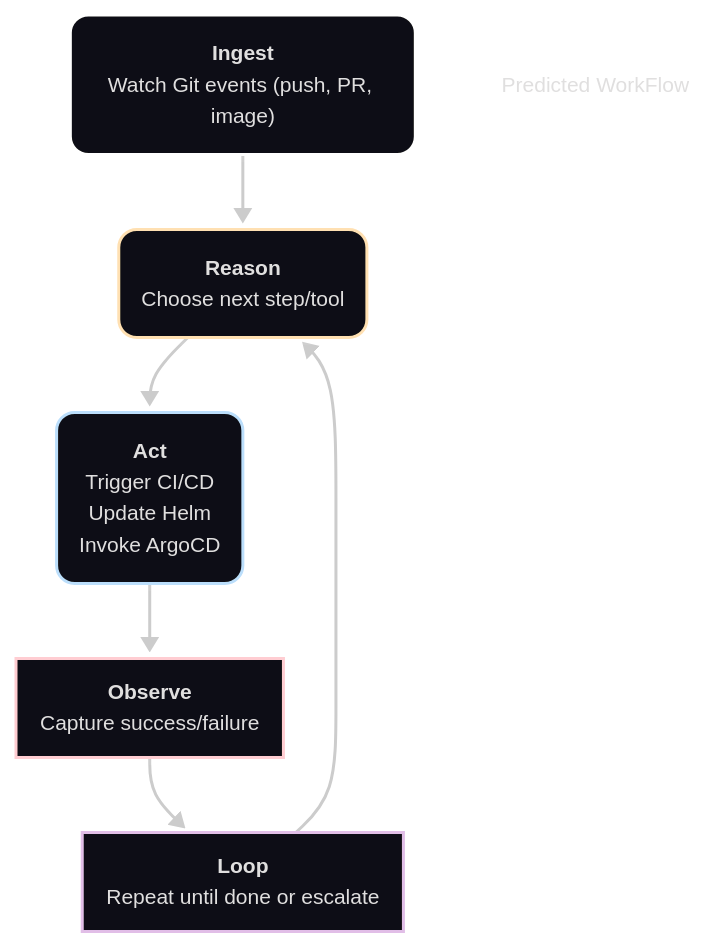
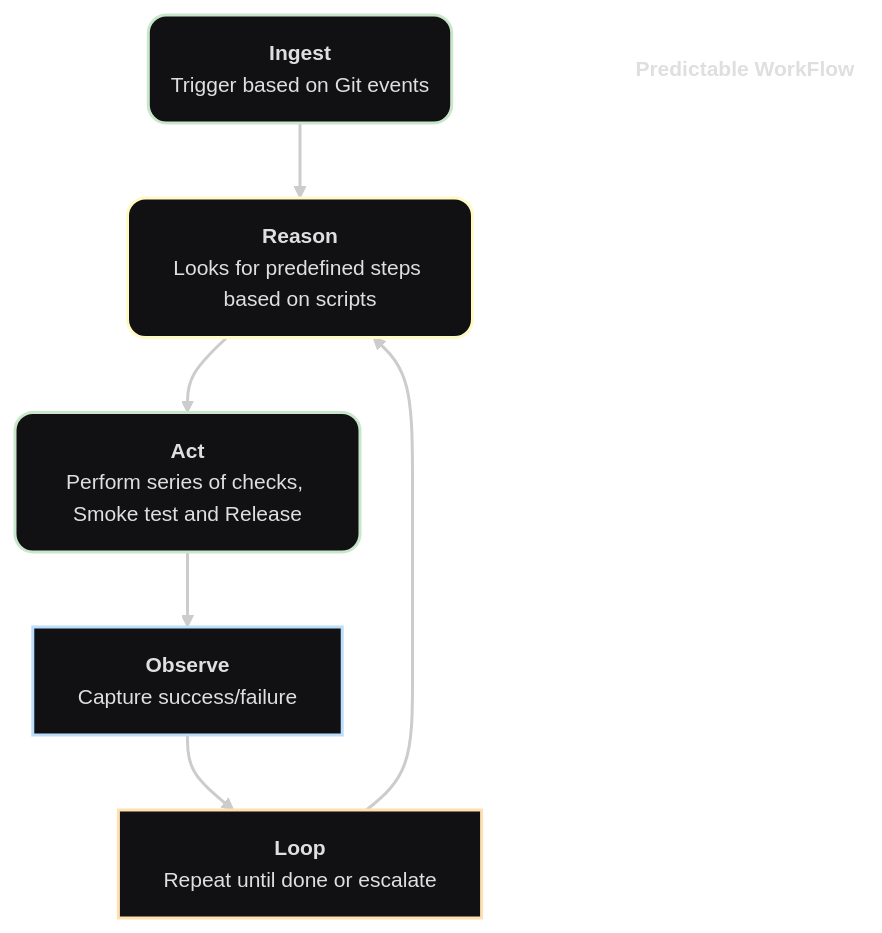
The diagram in workflow-and-agent-design/flowcharts/Workflow_Mermaid_code.mmd (Selvadharini/AI-Builder-Training), drawn with Mermaid before and after one commit. The commit also changed 10 other files, not shown here.

```diff
--- a/workflow-and-agent-design/flowcharts/Workflow_Mermaid_code.mmd
+++ b/workflow-and-agent-design/flowcharts/Workflow_Mermaid_code.mmd
@@ -1,21 +1,24 @@
 ---
 config:
   layout: fixed
   theme: redux-dark
-  look: neo
+  look: classic
 ---
 flowchart TB
-    A["<b>Ingest</b><br>Watch Git events (push, PR, image)"] --> B["<b>Reason</b><br>Choose next step/tool"]
-    B --> C["<b>Act</b><br>Trigger CI/CD<br>Update Helm<br>Invoke ArgoCD"]
+    A["<b>Ingest</b><br>Trigger based on Git events"] --> B["<b>Reason</b><br>Looks for predefined steps based on scripts"]
+    B --> C["<b>Act</b><br>Perform series of checks, Smoke test and Release"]
     C --> D["<b>Observe</b><br>Capture success/failure"]
     D --> E["<b>Loop</b><br>Repeat until done or escalate"]
     E --> B
-    n1["Predicted WorkFlow"]
+    n1@{ label: "<p data-pm-slice=\"1\"><br></p>" }
+    n2["<b>Predictable WorkFlow</b>"]
     A@{ shape: rounded}
     B@{ shape: rounded}
     C@{ shape: event}
     n1@{ shape: text}
-    style B stroke:#FFE0B2
-    style C stroke:#BBDEFB
-    style D stroke:#FFCDD2
-    style E stroke:#E1BEE7
+    n2@{ shape: text}
+    style A stroke:#C8E6C9
+    style B stroke:#FFF9C4
+    style C stroke:#C8E6C9
+    style D stroke:#BBDEFB
+    style E stroke:#FFE0B2
```
